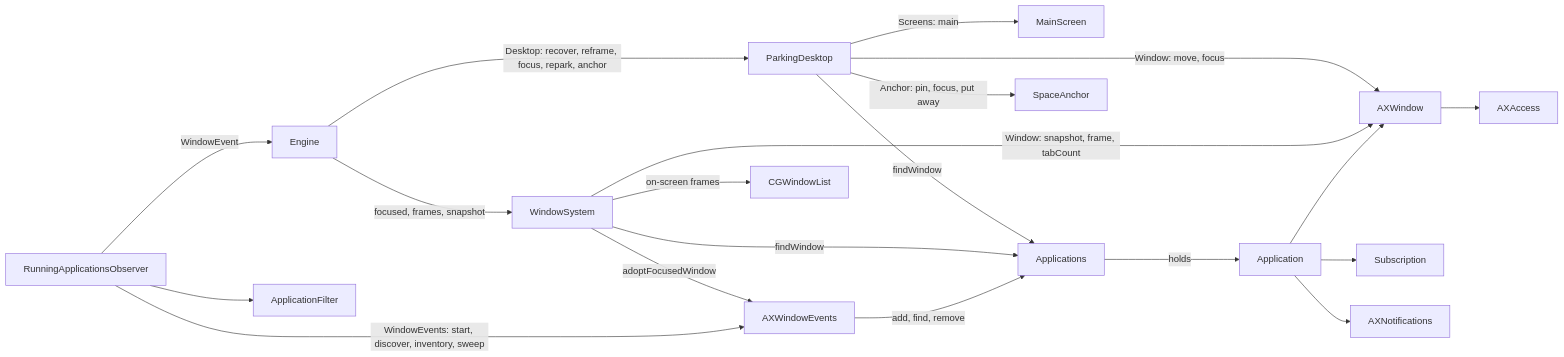
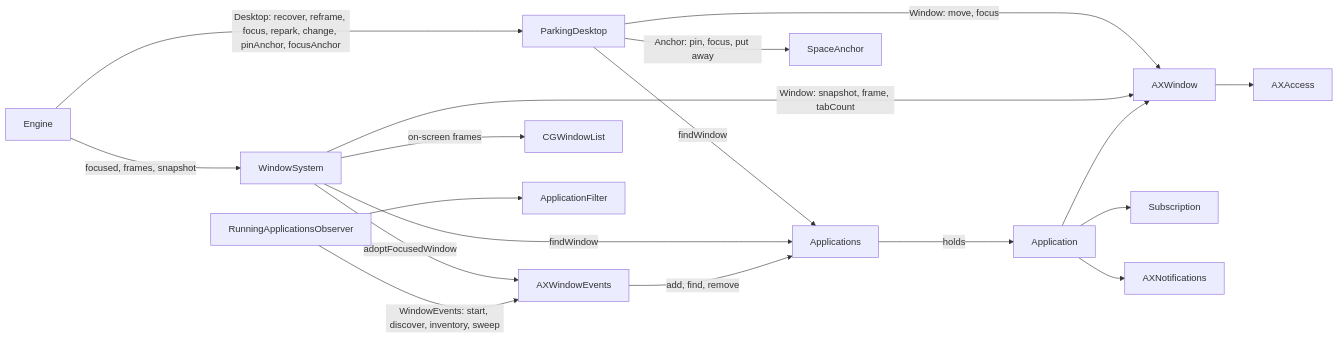
Before and after one commit to brennovich/ottowm: the seventh of 25 diagrams in ARCHITECTURE.md, drawn with Mermaid. The commit also changed other lines of this file and 71 other files, not shown here.

````diff
--- a/ARCHITECTURE.md
+++ b/ARCHITECTURE.md
@@ -112,23 +131,21 @@
 ```mermaid
 flowchart LR
-    Engine -->|"Desktop: recover, reframe, focus, repark, anchor"| ParkingDesktop
+    Engine -->|"Desktop: recover, reframe, focus, repark, change, pinAnchor, focusAnchor"| ParkingDesktop
     Engine -->|focused, frames, snapshot| WindowSystem
-    RunningApplicationsObserver -->|WindowEvent| Engine
 
-    ParkingDesktop -->|"Screens: main"| MainScreen
     ParkingDesktop -->|findWindow| Applications
     ParkingDesktop -->|"Window: move, focus"| AXWindow
     ParkingDesktop -->|"Anchor: pin, focus, put away"| SpaceAnchor
 
     WindowSystem -->|adoptFocusedWindow| AXWindowEvents
     WindowSystem -->|on-screen frames| CGWindowList
     WindowSystem -->|findWindow| Applications
     WindowSystem -->|"Window: snapshot, frame, tabCount"| AXWindow
 
     RunningApplicationsObserver --> ApplicationFilter
     RunningApplicationsObserver -->|"WindowEvents: start, discover, inventory, sweep"| AXWindowEvents
     AXWindowEvents -->|add, find, remove| Applications
     Applications -->|holds| Application
     Application --> Subscription & AXNotifications & AXWindow
     AXWindow --> AXAccess
 ```
````
